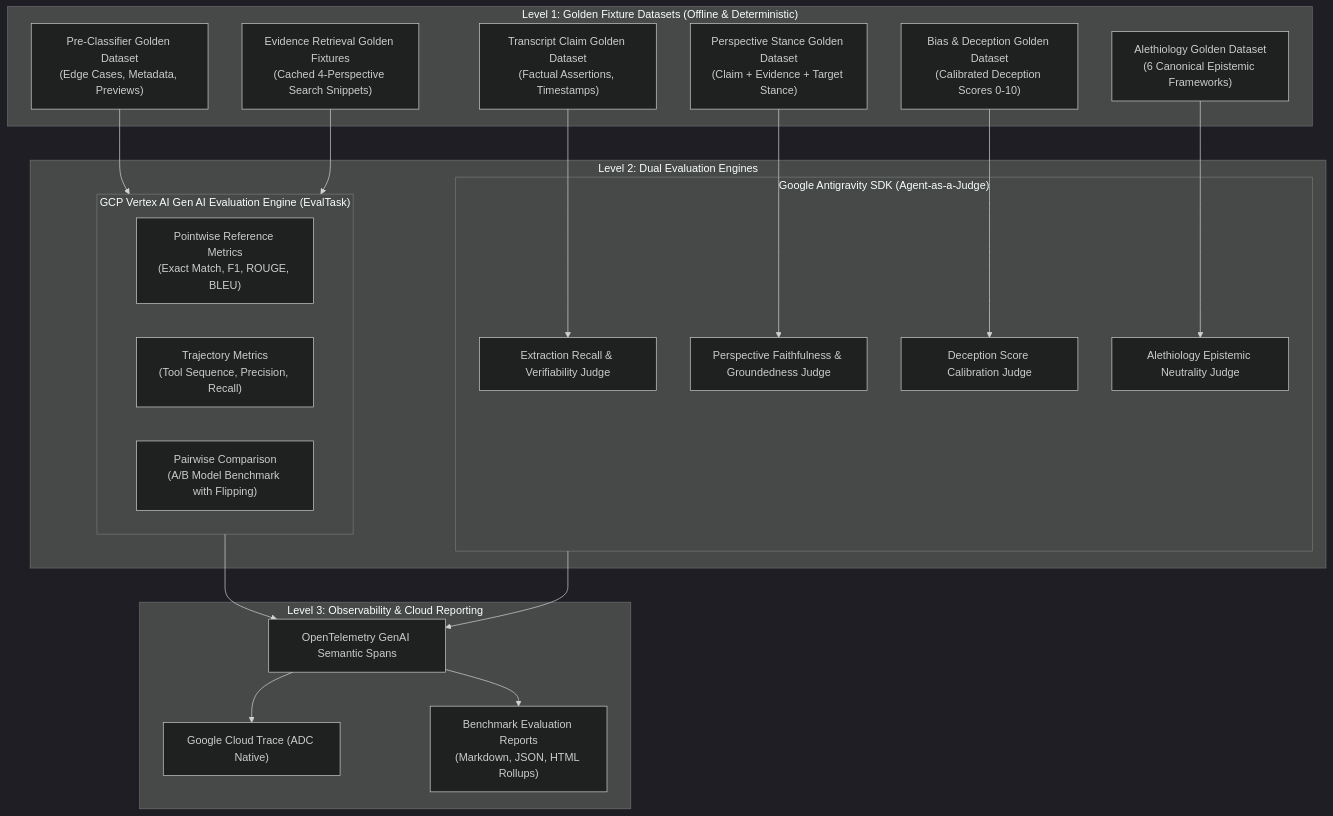
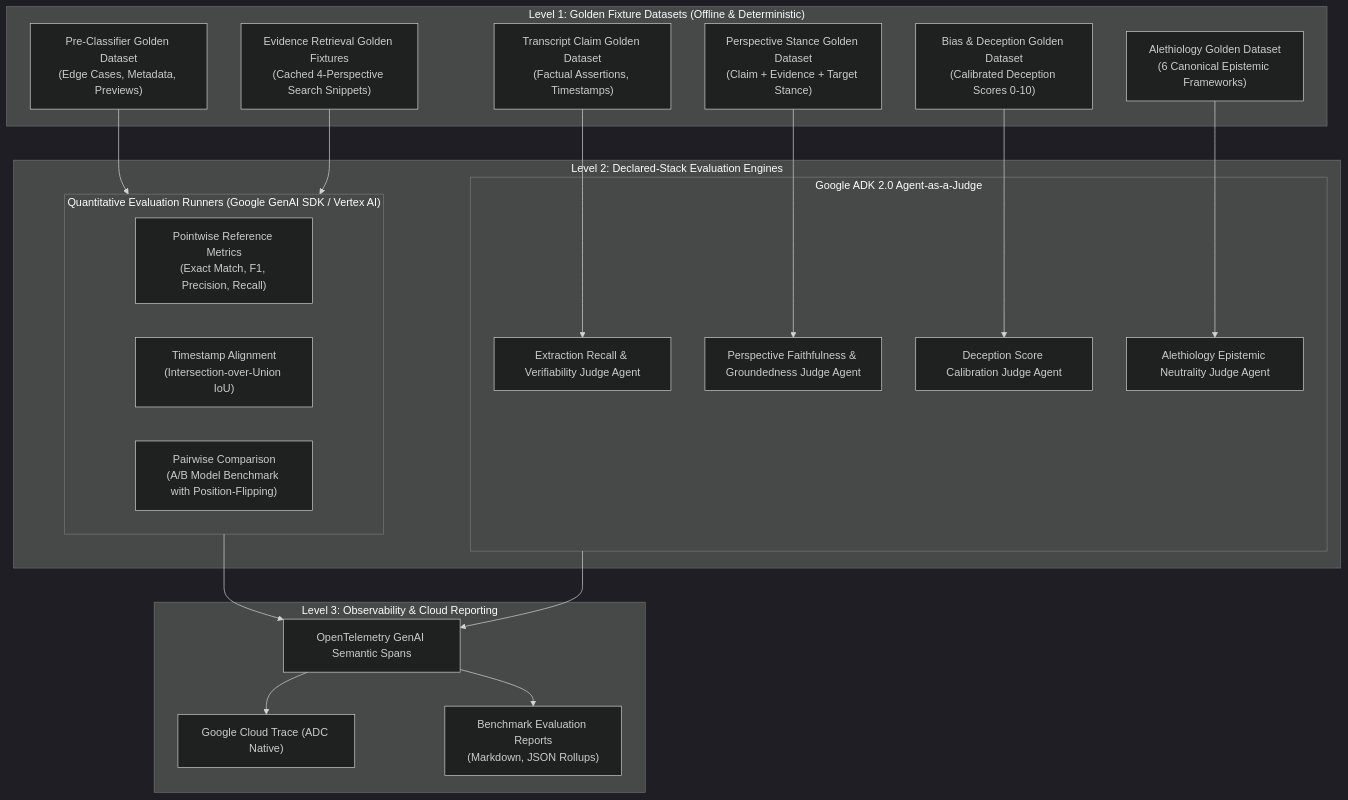
One commit to JAaron93/PerspectivePrism changed the first of 2 diagrams in docs/component-evaluation-spec/design.md. Above: the diagram before and after it, drawn with Mermaid (dark theme). The commit also changed other lines of this file and 2 other files, not shown here.

First line of the commit message:
fix(spec): align evaluation spec with declared backend SDKs and package paths

````diff
--- a/docs/component-evaluation-spec/design.md
+++ b/docs/component-evaluation-spec/design.md
@@ -24,44 +24,44 @@
 ```mermaid
 flowchart TD
     subgraph Level1 ["Level 1: Golden Fixture Datasets (Offline & Deterministic)"]
         D1["Pre-Classifier Golden Dataset\n(Edge Cases, Metadata, Previews)"]
         D2["Transcript Claim Golden Dataset\n(Factual Assertions, Timestamps)"]
         D3["Evidence Retrieval Golden Fixtures\n(Cached 4-Perspective Search Snippets)"]
         D4["Perspective Stance Golden Dataset\n(Claim + Evidence + Target Stance)"]
         D5["Bias & Deception Golden Dataset\n(Calibrated Deception Scores 0-10)"]
         D6["Alethiology Golden Dataset\n(6 Canonical Epistemic Frameworks)"]
     end
 
-    subgraph Level2 ["Level 2: Dual Evaluation Engines"]
-        subgraph EngineVertex ["GCP Vertex AI Gen AI Evaluation Engine (EvalTask)"]
-            V1["Pointwise Reference Metrics\n(Exact Match, F1, ROUGE, BLEU)"]
-            V2["Trajectory Metrics\n(Tool Sequence, Precision, Recall)"]
-            V3["Pairwise Comparison\n(A/B Model Benchmark with Flipping)"]
+    subgraph Level2 ["Level 2: Declared-Stack Evaluation Engines"]
+        subgraph EngineQuantitative ["Quantitative Evaluation Runners (Google GenAI SDK / Vertex AI)"]
+            V1["Pointwise Reference Metrics\n(Exact Match, F1, Precision, Recall)"]
+            V2["Timestamp Alignment\n(Intersection-over-Union IoU)"]
+            V3["Pairwise Comparison\n(A/B Model Benchmark with Position-Flipping)"]
         end
         
-        subgraph EngineAntigravity ["Google Antigravity SDK (Agent-as-a-Judge)"]
-            A1["Extraction Recall & Verifiability Judge"]
-            A2["Perspective Faithfulness & Groundedness Judge"]
-            A3["Deception Score Calibration Judge"]
-            A4["Alethiology Epistemic Neutrality Judge"]
+        subgraph EngineADK ["Google ADK 2.0 Agent-as-a-Judge"]
+            A1["Extraction Recall & Verifiability Judge Agent"]
+            A2["Perspective Faithfulness & Groundedness Judge Agent"]
+            A3["Deception Score Calibration Judge Agent"]
+            A4["Alethiology Epistemic Neutrality Judge Agent"]
         end
     end
 
     subgraph Level3 ["Level 3: Observability & Cloud Reporting"]
         O1["OpenTelemetry GenAI Semantic Spans"]
         O2["Google Cloud Trace (ADC Native)"]
-        O3["Benchmark Evaluation Reports\n(Markdown, JSON, HTML Rollups)"]
+        O3["Benchmark Evaluation Reports\n(Markdown, JSON Rollups)"]
     end
 
-    D1 --> EngineVertex
+    D1 --> EngineQuantitative
     D2 --> A1
-    D3 --> EngineVertex
+    D3 --> EngineQuantitative
     D4 --> A2
     D5 --> A3
     D6 --> A4
 
-    EngineVertex --> O1
-    EngineAntigravity --> O1
+    EngineQuantitative --> O1
+    EngineADK --> O1
     O1 --> O2
     O1 --> O3
 ```
````
